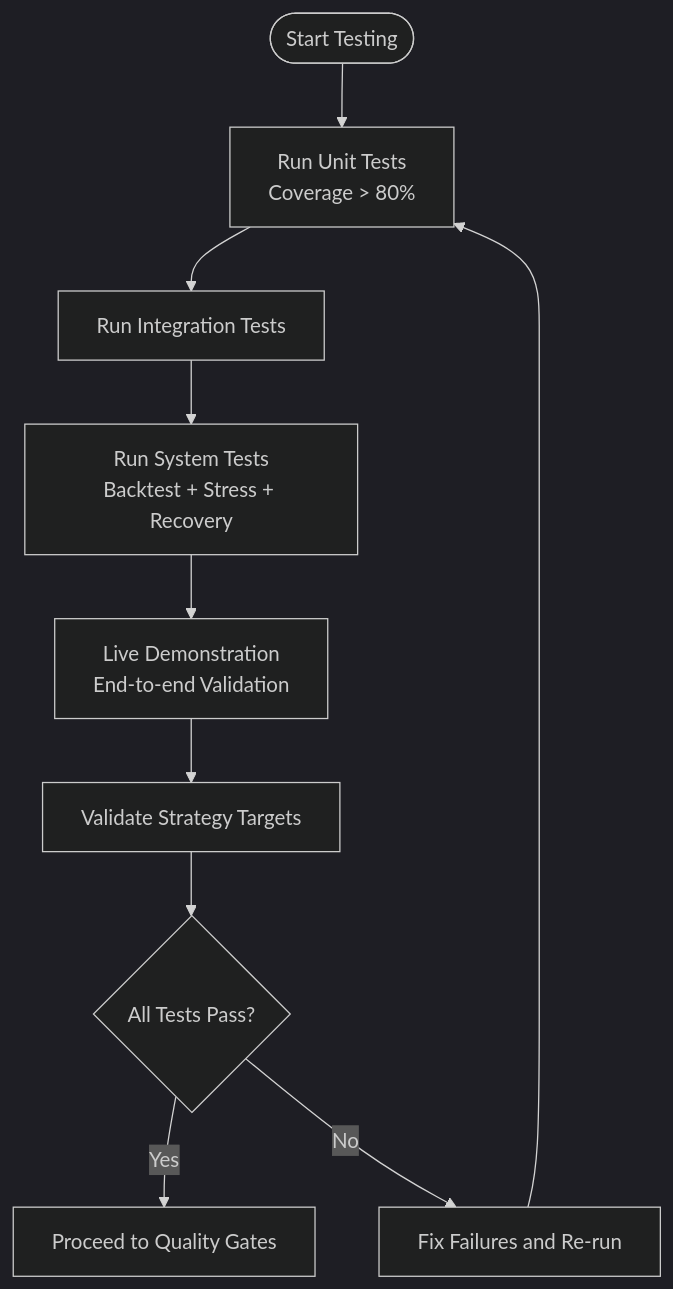
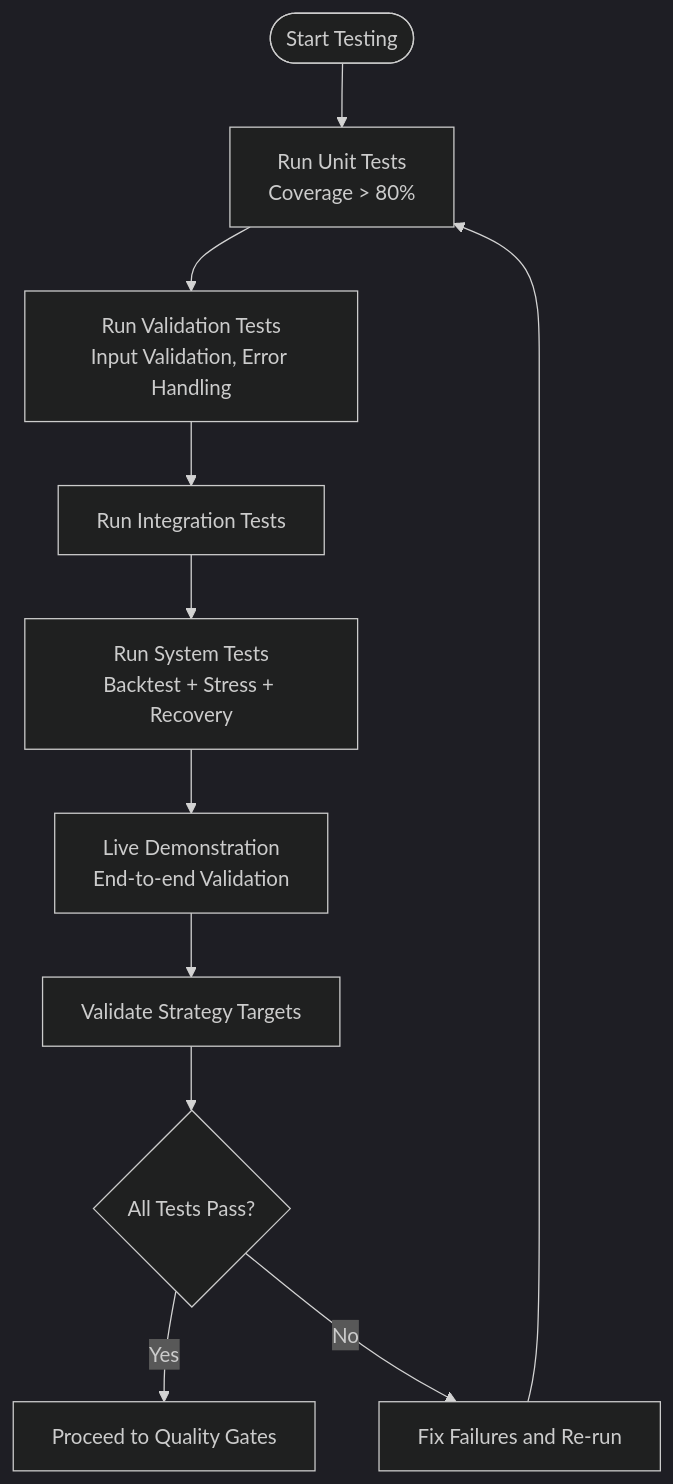
Before and after one commit to guofeng201507/shark-quant-trader: the fifth of 8 diagrams in .qoder/repowiki/en/content/Development Guidelines.md, drawn with Mermaid (dark theme). The commit also changed other lines of this file and 14 other files, not shown here.

````diff
--- a/.qoder/repowiki/en/content/Development Guidelines.md
+++ b/.qoder/repowiki/en/content/Development Guidelines.md
@@ -178,12 +379,13 @@
 ```mermaid
 flowchart TD
 Start(["Start Testing"]) --> Unit["Run Unit Tests<br/>Coverage > 80%"]
-Unit --> Integration["Run Integration Tests"]
+Unit --> Validation["Run Validation Tests<br/>Input Validation, Error Handling"]
+Validation --> Integration["Run Integration Tests"]
 Integration --> System["Run System Tests<br/>Backtest + Stress + Recovery"]
 System --> LiveDemo["Live Demonstration<br/>End-to-end Validation"]
 LiveDemo --> Validate["Validate Strategy Targets"]
 Validate --> Pass{"All Tests Pass?"}
 Pass --> |Yes| Gate["Proceed to Quality Gates"]
 Pass --> |No| Fix["Fix Failures and Re-run"]
 Fix --> Unit
 ```
````
